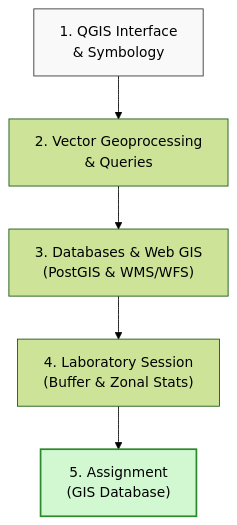
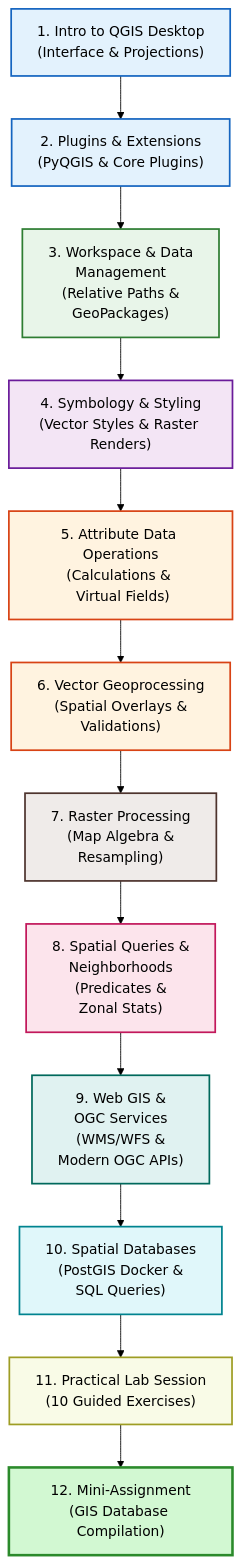
One commit to Rotten-Grapes-Pvt-Ltd/QGIS-WECS changed the diagram in docs/day3/index.md. Above: the diagram before and after it, drawn with Mermaid (forest theme). The commit also changed other lines of this file and 14 other files, not shown here.

````diff
--- a/docs/day3/index.md
+++ b/docs/day3/index.md
@@ -26,10 +33,28 @@
 ```mermaid
 graph TD
-    A["1. QGIS Interface<br/>& Symbology"] --> B["2. Vector Geoprocessing<br/>& Queries"]
-    B --> C["3. Databases & Web GIS<br/>(PostGIS & WMS/WFS)"]
-    C --> D["4. Laboratory Session<br/>(Buffer & Zonal Stats)"]
-    D --> E["5. Assignment<br/>(GIS Database)"]
-    
-    style A fill:#f9f9f9,stroke:#333
-    style E fill:#d2f8d2,stroke:#2b8a2b,stroke-width:2px
+    M1["1. Intro to QGIS Desktop<br/>(Interface & Projections)"] --> M2["2. Plugins & Extensions<br/>(PyQGIS & Core Plugins)"]
+    M2 --> M3["3. Workspace & Data <br> Management<br/>(Relative Paths & <br> GeoPackages)"]
+    M3 --> M4["4. Symbology & Styling<br/>(Vector Styles & Raster Renders)"]
+    M4 --> M5["5. Attribute Data Operations<br/>(Calculations & <br> Virtual Fields)"]
+    M5 --> M6["6. Vector Geoprocessing<br/>(Spatial Overlays & <br> Validations)"]
+    M6 --> M7["7. Raster Processing<br/>(Map Algebra & <br> Resampling)"]
+    M7 --> M8["8. Spatial Queries & <br> Neighborhoods<br/>(Predicates & <br> Zonal Stats)"]
+    M8 --> M9["9. Web GIS & <br> OGC Services<br/>(WMS/WFS & <br> Modern OGC APIs)"]
+    M9 --> M10["10. Spatial Databases<br/>(PostGIS Docker & <br> SQL Queries)"]
+    M10 --> M11["11. Practical Lab Session<br/>(10 Guided Exercises)"]
+    M11 --> M12["12. Mini-Assignment<br/>(GIS Database Compilation)"]
+
+    %% Premium styled flowchart nodes
+    style M1 fill:#e3f2fd,stroke:#1565c0,stroke-width:2px
+    style M2 fill:#e3f2fd,stroke:#1565c0,stroke-width:2px
+    style M3 fill:#e8f5e9,stroke:#2e7d32,stroke-width:2px
+    style M4 fill:#f3e5f5,stroke:#6a1b9a,stroke-width:2px
+    style M5 fill:#fff3e0,stroke:#d84315,stroke-width:2px
+    style M6 fill:#fff3e0,stroke:#d84315,stroke-width:2px
+    style M7 fill:#efebe9,stroke:#4e342e,stroke-width:2px
+    style M8 fill:#fce4ec,stroke:#c2185b,stroke-width:2px
+    style M9 fill:#e0f2f1,stroke:#00695c,stroke-width:2px
+    style M10 fill:#e0f7fa,stroke:#00838f,stroke-width:2px
+    style M11 fill:#f9fbe7,stroke:#9e9d24,stroke-width:2px
+    style M12 fill:#d2f8d2,stroke:#2b8a2b,stroke-width:3px
 ```
````
